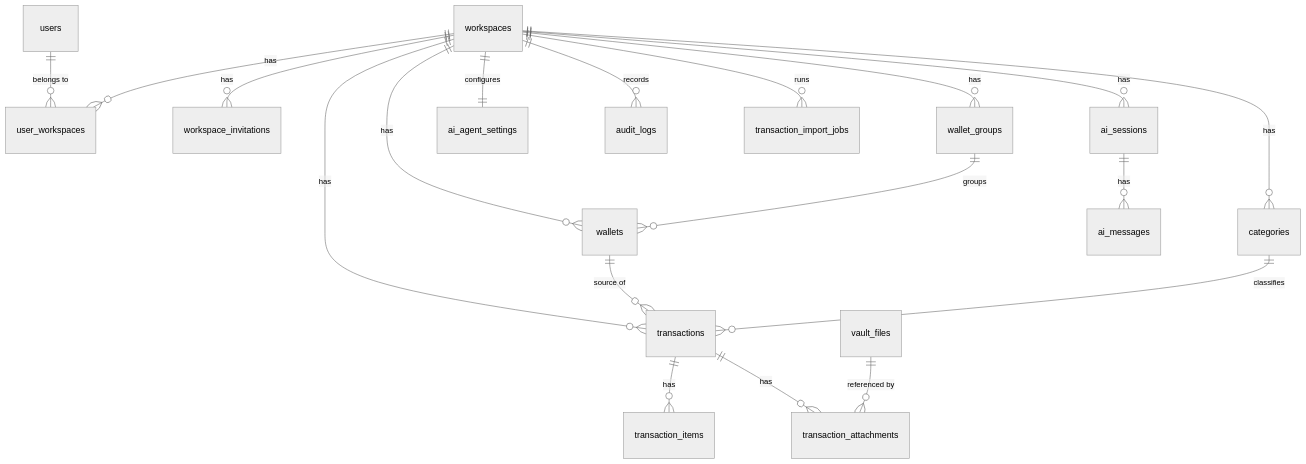
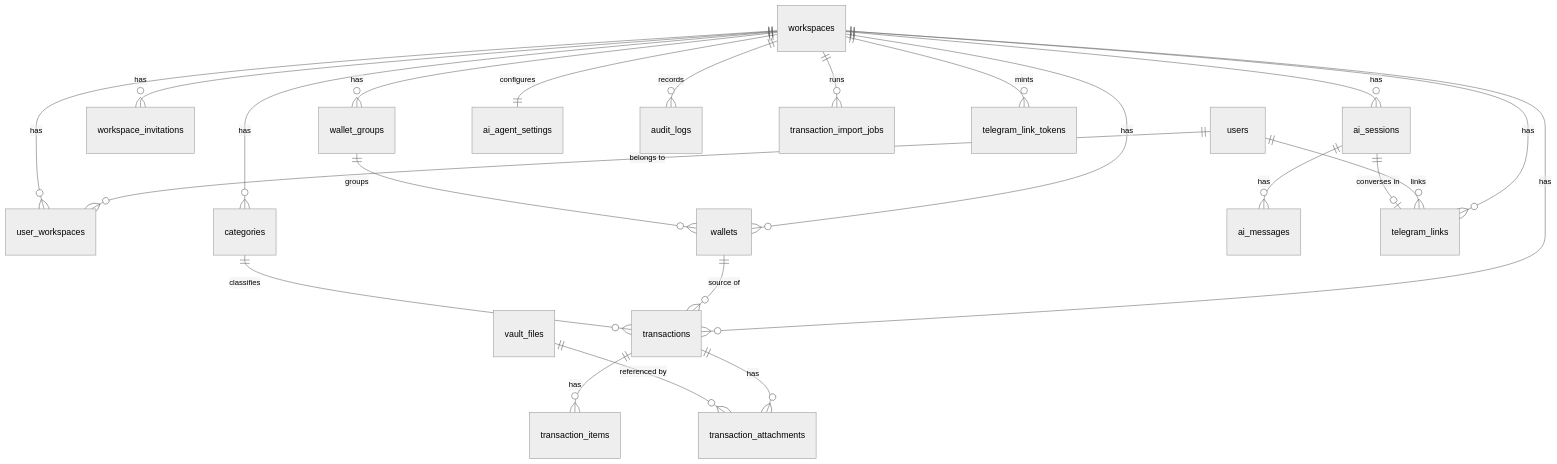
The diagram in docs/data-model.md (lazlanrafar/oewang), drawn with Mermaid (neutral theme) before and after one commit. The commit also changed other lines of this file and 191 other files, not shown here.

````diff
--- a/docs/data-model.md
+++ b/docs/data-model.md
@@ -29,21 +29,25 @@
 ```mermaid
 erDiagram
     users ||--o{ user_workspaces : "belongs to"
     workspaces ||--o{ user_workspaces : "has"
     workspaces ||--o{ workspace_invitations : "has"
     workspaces ||--o{ wallet_groups : "has"
     workspaces ||--o{ wallets : "has"
     workspaces ||--o{ categories : "has"
     workspaces ||--o{ transactions : "has"
     wallet_groups ||--o{ wallets : "groups"
     wallets ||--o{ transactions : "source of"
     categories ||--o{ transactions : "classifies"
     transactions ||--o{ transaction_items : "has"
     transactions ||--o{ transaction_attachments : "has"
     vault_files ||--o{ transaction_attachments : "referenced by"
     workspaces ||--o{ ai_sessions : "has"
     ai_sessions ||--o{ ai_messages : "has"
     workspaces ||--|| ai_agent_settings : "configures"
     workspaces ||--o{ audit_logs : "records"
     workspaces ||--o{ transaction_import_jobs : "runs"
+    workspaces ||--o{ telegram_links : "has"
+    users ||--o{ telegram_links : "links"
+    ai_sessions ||--o| telegram_links : "converses in"
+    workspaces ||--o{ telegram_link_tokens : "mints"
 ```
````
